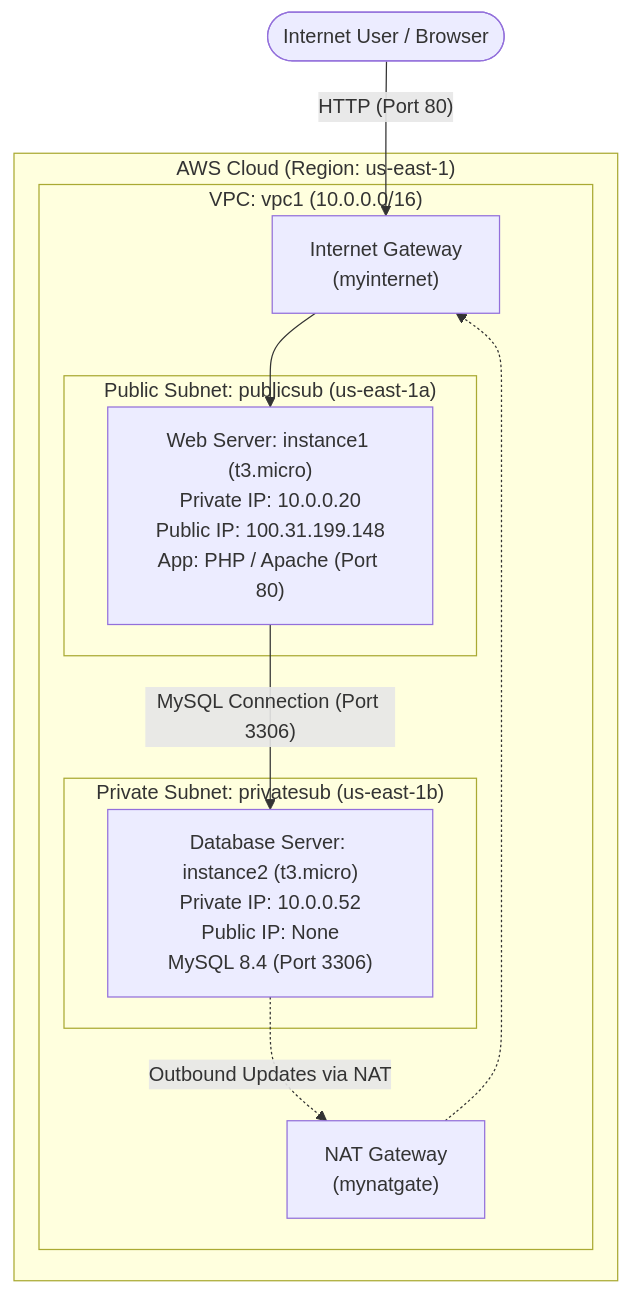
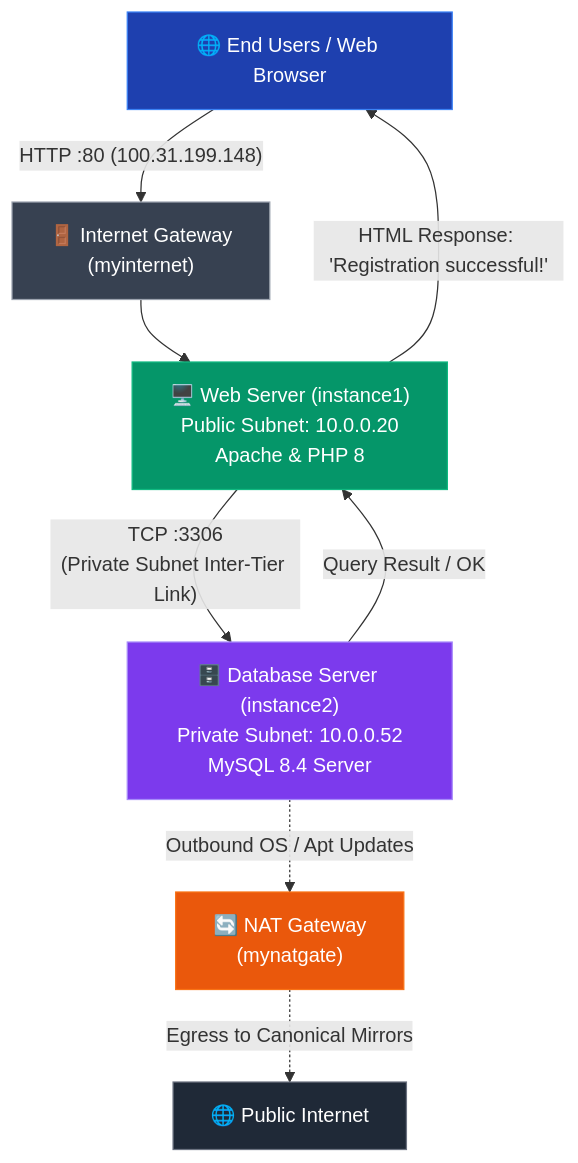
Before and after one commit to sandeep-9553/aws-3-tier-web-app: the diagram in README.md, drawn with Mermaid. The commit also changed other lines of this file, not shown here.

````diff
--- a/README.md
+++ b/README.md
@@ -39,26 +167,17 @@
 ```mermaid
-flowchart TD
-    Client(["Internet User / Browser"])
+graph TD
+    A["🌐 End Users / Web Browser"] -->|"HTTP :80 (100.31.199.148)"| B["🚪 Internet Gateway<br/>(myinternet)"]
+    B --> C["🖥️ Web Server (instance1)<br/>Public Subnet: 10.0.0.20<br/>Apache & PHP 8"]
+    C -->|"TCP :3306<br/>(Private Subnet Inter-Tier Link)"| D["🗄️ Database Server (instance2)<br/>Private Subnet: 10.0.0.52<br/>MySQL 8.4 Server"]
+    D -->|"Query Result / OK"| C
+    C -->|"HTML Response: 'Registration successful!'"| A
+    D -.->|"Outbound OS / Apt Updates"| E["🔄 NAT Gateway<br/>(mynatgate)"]
+    E -.->|"Egress to Canonical Mirrors"| F["🌐 Public Internet"]
 
-    subgraph AWS ["AWS Cloud (Region: us-east-1)"]
-        subgraph VPC ["VPC: vpc1 (10.0.0.0/16)"]
-            
-            IGW["Internet Gateway<br>(myinternet)"]
-            NAT["NAT Gateway<br>(mynatgate)"]
-
-            subgraph PublicSubnet ["Public Subnet: publicsub (us-east-1a)"]
-                WebEC2["Web Server: instance1 (t3.micro)<br>Private IP: 10.0.0.20<br>Public IP: 100.31.199.148<br>App: PHP / Apache (Port 80)"]
-            end
-
-            subgraph PrivateSubnet ["Private Subnet: privatesub (us-east-1b)"]
-                DBEC2["Database Server: instance2 (t3.micro)<br>Private IP: 10.0.0.52<br>Public IP: None<br>MySQL 8.4 (Port 3306)"]
-            end
-        end
-    end
-
-    Client -->|"HTTP (Port 80)"| IGW
-    IGW --> WebEC2
-    WebEC2 -->|"MySQL Connection (Port 3306)"| DBEC2
-    DBEC2 -.->|"Outbound Updates via NAT"| NAT
-    NAT -.-> IGW
+    style A fill:#1e40af,stroke:#3b82f6,color:#fff
+    style B fill:#374151,stroke:#9ca3af,color:#fff
+    style C fill:#059669,stroke:#10b981,color:#fff
+    style D fill:#7c3aed,stroke:#a78bfa,color:#fff
+    style E fill:#ea580c,stroke:#f97316,color:#fff
+    style F fill:#1f2937,stroke:#6b7280,color:#fff
 ```
````
